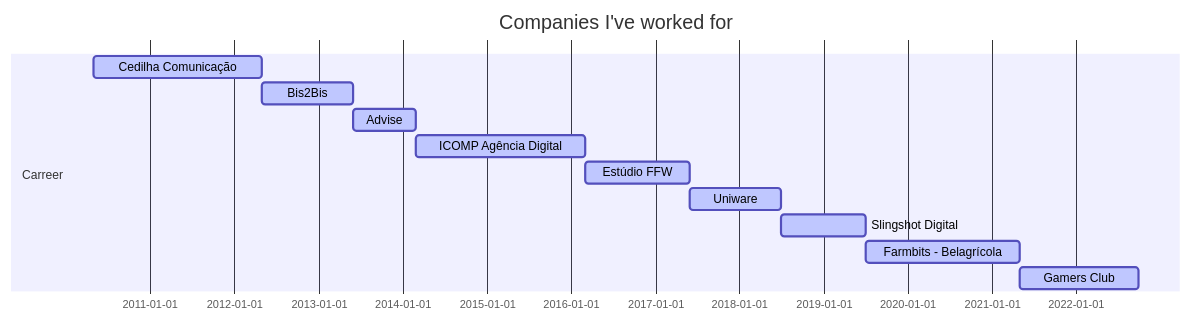
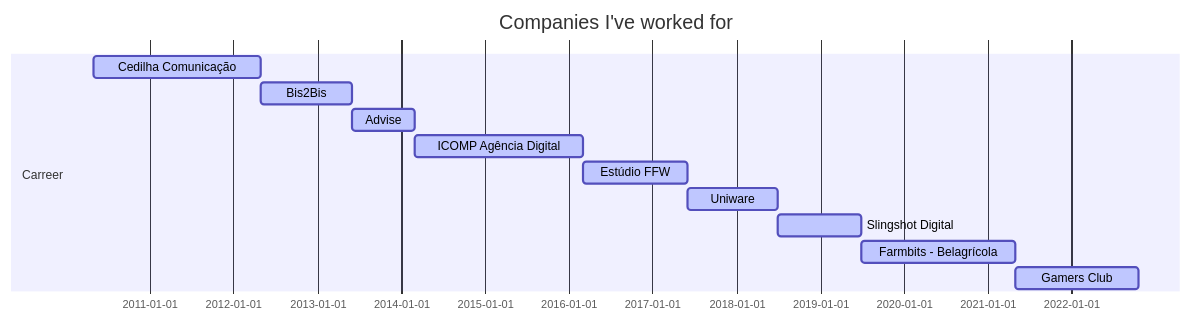
Before and after one commit to perdidao/perdidao: the diagram in README.md, drawn with Mermaid.

Commit message:
:wrench: adding Github stats image

````diff
--- a/README.md
+++ b/README.md
@@ -22,19 +22,18 @@
 ```mermaid
 
 gantt
 dateFormat  YYYY-MM-DD
 todayMarker off
 title Companies I've worked for
 
 section Carreer
 Cedilha Comunicação                   :active,, 2010-05-01,2012-05-01
 Bis2Bis                               :active,, 2012-05-01,2013-06-01
 Advise                                :active,, 2013-06-01,2014-03-01
 ICOMP Agência Digital                 :active,, 2014-03-01,2016-03-01
 Estúdio FFW                           :active,, 2016-03-01,2017-06-01
 Uniware                               :active,, 2017-06-01,2018-07-01
 Slingshot Digital                     :active,, 2018-07-01,2019-07-01
 Farmbits - Belagrícola                :active,, 2019-07-01,2021-05-01
-Gamers Club                           :active,, 2021-05-01,2022-09-28
-
+Gamers Club                           :active,, 2021-05-01,2022-10-19
 ```
````
